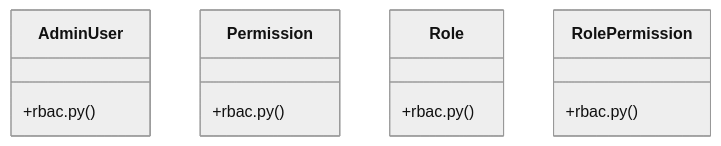
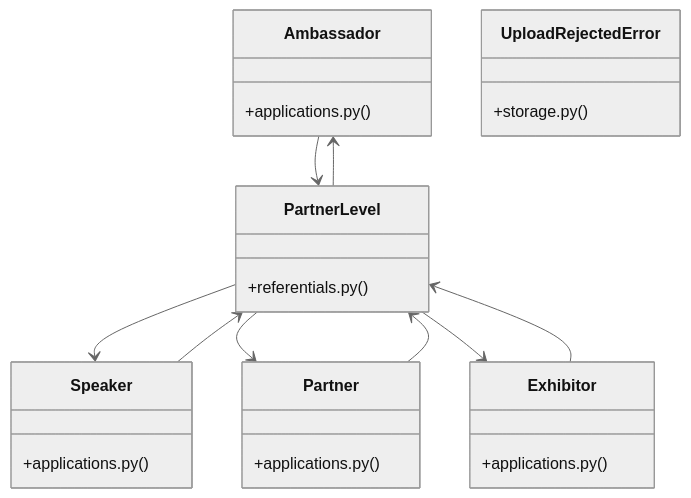
Before and after one commit to adjanayo/synca_conf_back: the diagram in graphify-out/wiki/[BaseModel_&_ValueError]_Cluster.md, drawn with Mermaid (neutral theme). The commit also changed other lines of this file and 92 other files, not shown here.

````diff
--- a/graphify-out/wiki/[BaseModel_&_ValueError]_Cluster.md
+++ b/graphify-out/wiki/[BaseModel_&_ValueError]_Cluster.md
@@ -36,15 +36,29 @@
 ```mermaid
 classDiagram
-    class AdminUser {
-        +rbac.py()
+    class Ambassador {
+        +applications.py()
     }
-    class Permission {
-        +rbac.py()
+    class Exhibitor {
+        +applications.py()
     }
-    class Role {
-        +rbac.py()
+    class Partner {
+        +applications.py()
     }
-    class RolePermission {
-        +rbac.py()
+    class Speaker {
+        +applications.py()
     }
+    class PartnerLevel {
+        +referentials.py()
+    }
+    class UploadRejectedError {
+        +storage.py()
+    }
+    Ambassador --> PartnerLevel
+    Exhibitor --> PartnerLevel
+    Partner --> PartnerLevel
+    Speaker --> PartnerLevel
+    PartnerLevel --> Speaker
+    PartnerLevel --> Ambassador
+    PartnerLevel --> Partner
+    PartnerLevel --> Exhibitor
 ```
````
